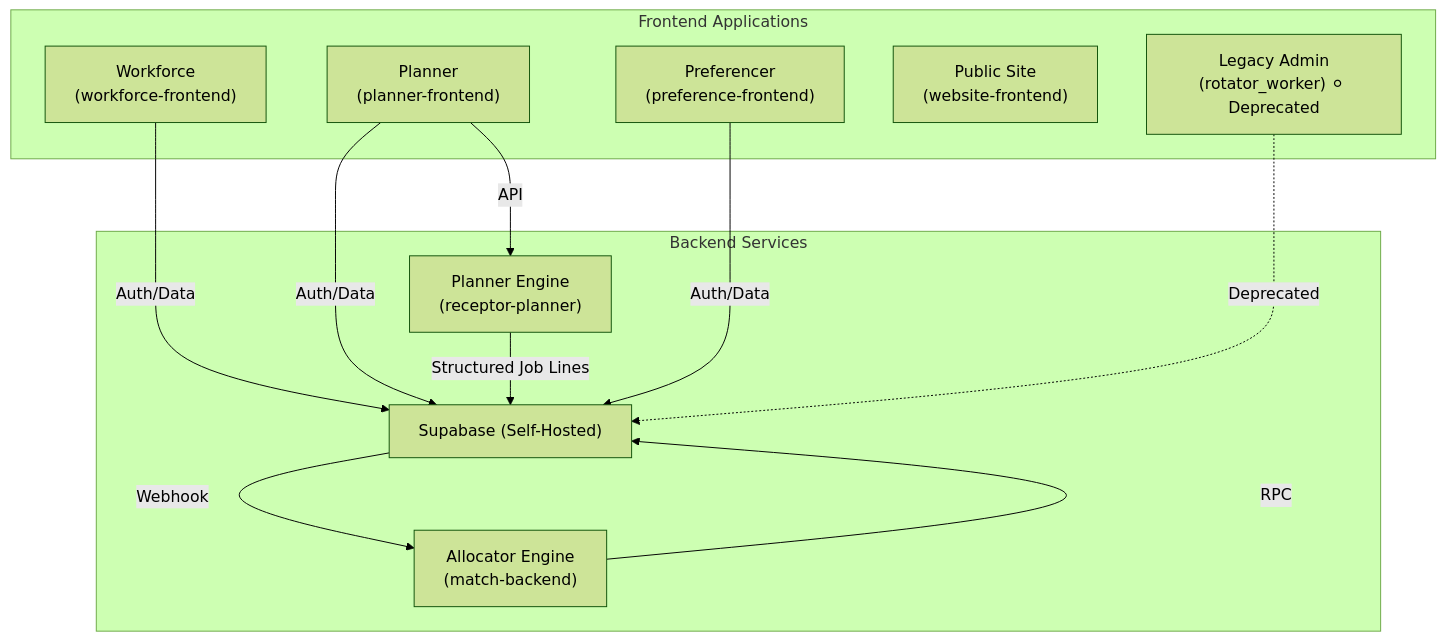
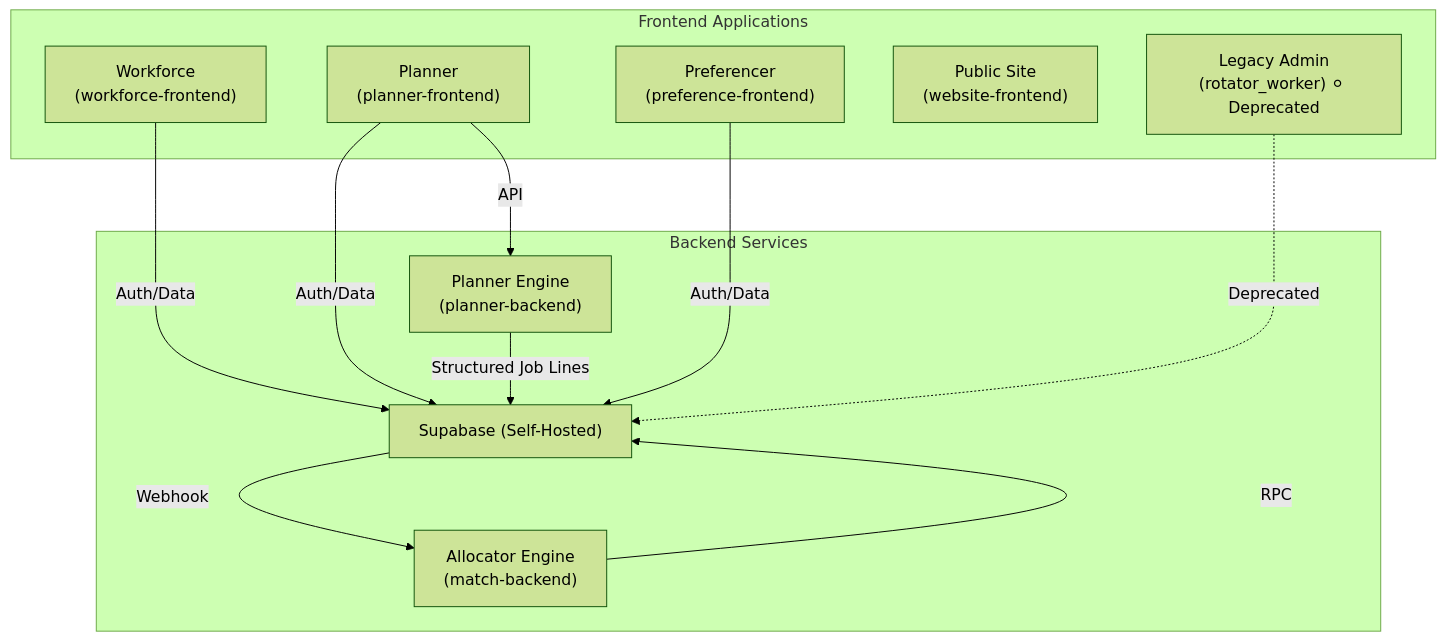
Before and after one commit to dm-ra-01/doco-common-bond: the first of 2 diagrams in docs/engineering/architecture.md, drawn with Mermaid (forest theme). The commit also changed other lines of this file and 61 other files, not shown here.

````diff
--- a/docs/engineering/architecture.md
+++ b/docs/engineering/architecture.md
@@ -18,26 +18,26 @@
 ```mermaid
 graph TD
     subgraph Frontend ["Frontend Applications"]
         WORK["Workforce<br/>(workforce-frontend)"]
         PLAN["Planner<br/>(planner-frontend)"]
         PREF["Preferencer<br/>(preference-frontend)"]
         SITE["Public Site<br/>(website-frontend)"]
         LEGACY["Legacy Admin<br/>(rotator_worker) ⚪ Deprecated"]
     end
 
     subgraph Backend ["Backend Services"]
         SB["Supabase (Self-Hosted)"]
-        PLAN_ENG["Planner Engine<br/>(receptor-planner)"]
+        PLAN_ENG["Planner Engine<br/>(planner-backend)"]
         ALLOC["Allocator Engine<br/>(match-backend)"]
     end
 
     WORK -->|Auth/Data| SB
     PLAN -->|Auth/Data| SB
     PREF -->|Auth/Data| SB
     LEGACY -.->|Deprecated| SB
 
     PLAN -->|API| PLAN_ENG
     PLAN_ENG -->|Structured Job Lines| SB
     SB -->|Webhook| ALLOC
     ALLOC -->|RPC| SB
 ```
````
